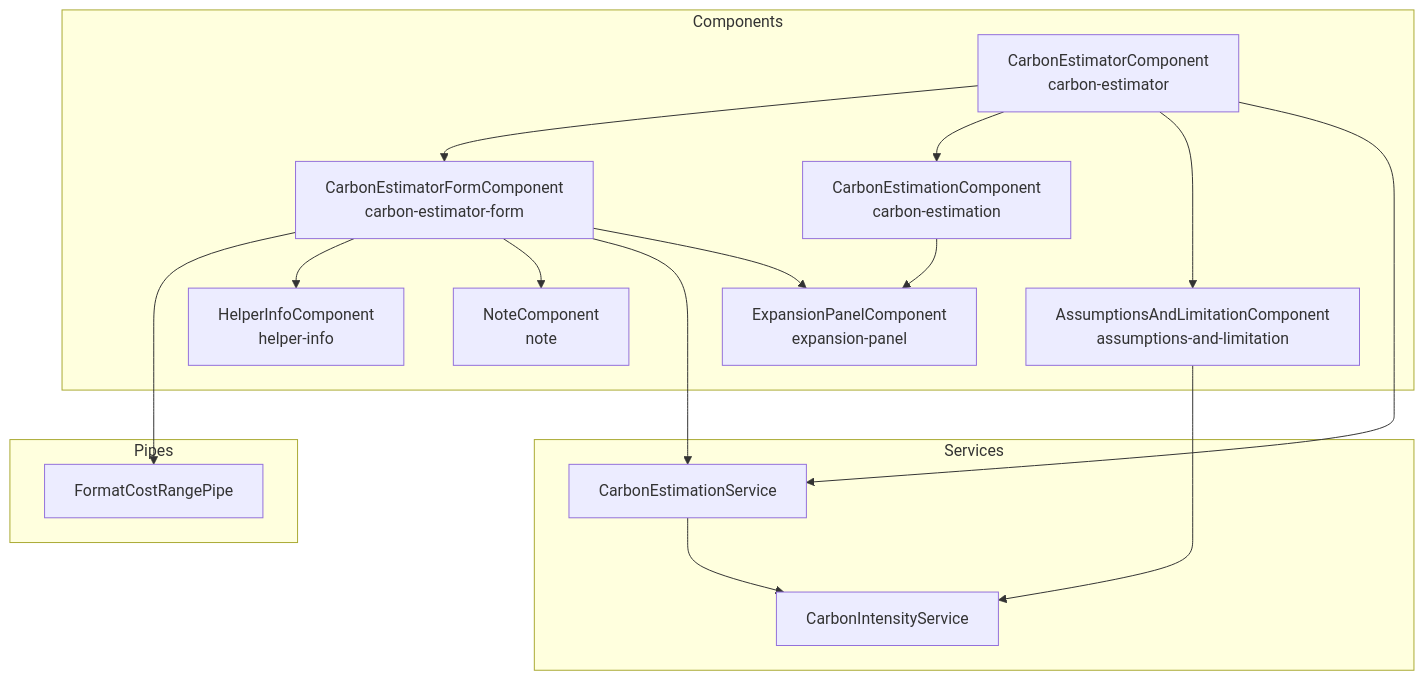
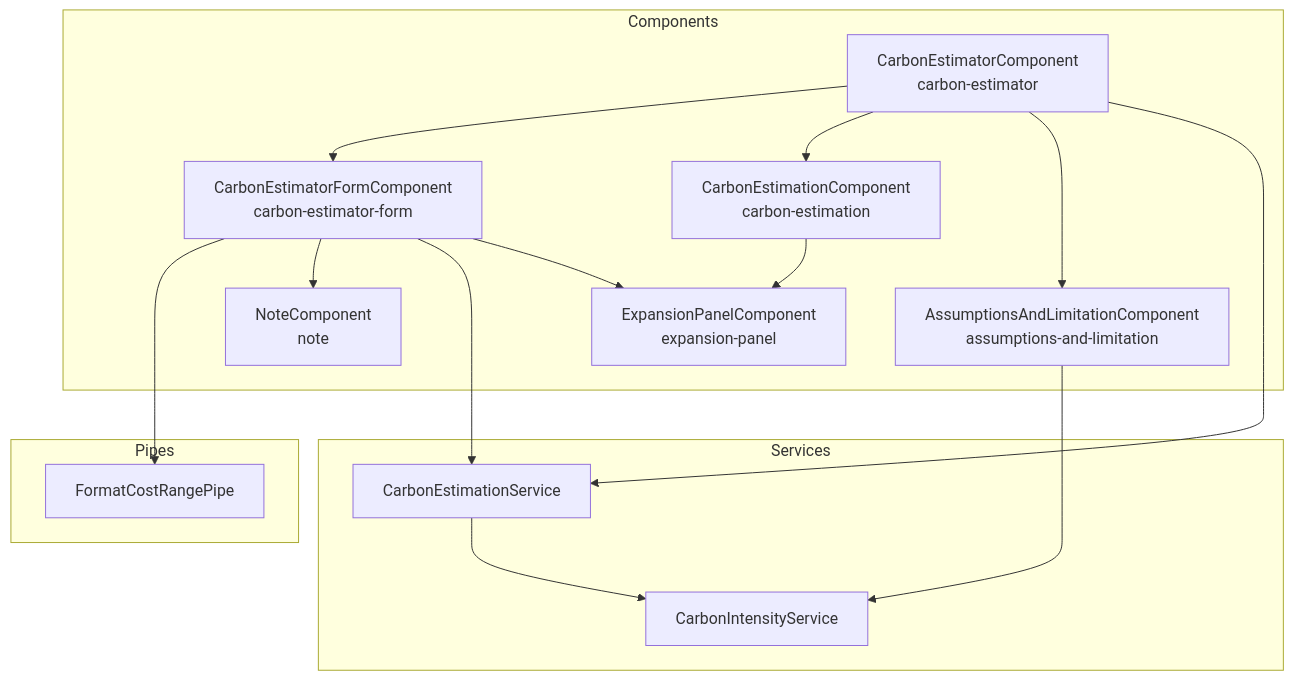
One commit to ScottLogic/sl-tech-carbon-estimator changed the diagram in docs/components.md. Above: the diagram before and after it, drawn with Mermaid. The commit also changed other lines of this file and 11 other files, not shown here.

````diff
--- a/docs/components.md
+++ b/docs/components.md
@@ -5,33 +5,31 @@
 ```mermaid
 flowchart TB
   subgraph Components
     CarbonEstimator["`CarbonEstimatorComponent
     carbon-estimator`"]
     CarbonEstimatorForm["`CarbonEstimatorFormComponent
     carbon-estimator-form`"]
     CarbonEstimation["`CarbonEstimationComponent
     carbon-estimation`"]
     Assumptions["`AssumptionsAndLimitationComponent
     assumptions-and-limitation`"]
-    HelperInfo["`HelperInfoComponent
-    helper-info`"]
     Note["`NoteComponent
     note`"]
     ExpansionPanel["`ExpansionPanelComponent
     expansion-panel`"]
   end
   subgraph Services
     CarbonEstimationService
     CarbonIntensityService
   end
   subgraph Pipes
     FormatCostRangePipe
   end
 
   CarbonEstimator --> CarbonEstimatorForm & CarbonEstimation & Assumptions
   CarbonEstimatorForm ---> FormatCostRangePipe
-  CarbonEstimatorForm --> HelperInfo & Note
+  CarbonEstimatorForm --> Note
   CarbonEstimator & CarbonEstimatorForm ---> CarbonEstimationService
   CarbonEstimatorForm & CarbonEstimation --> ExpansionPanel
   CarbonEstimationService & Assumptions --> CarbonIntensityService
 ```
````
